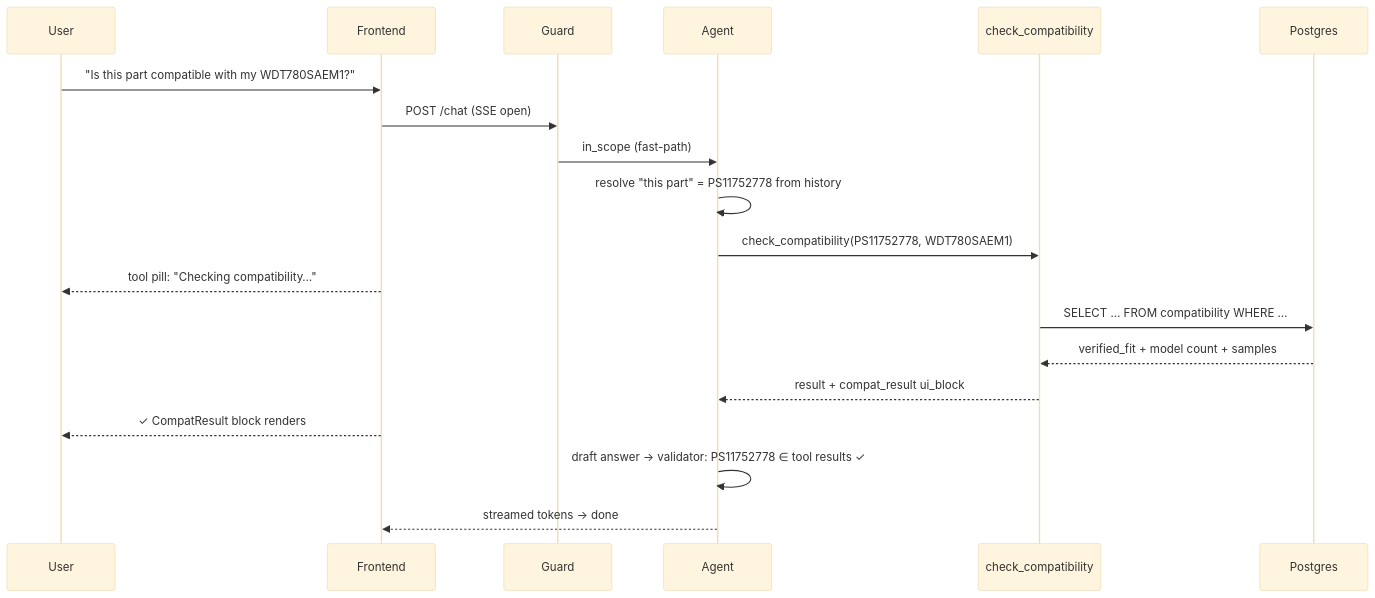
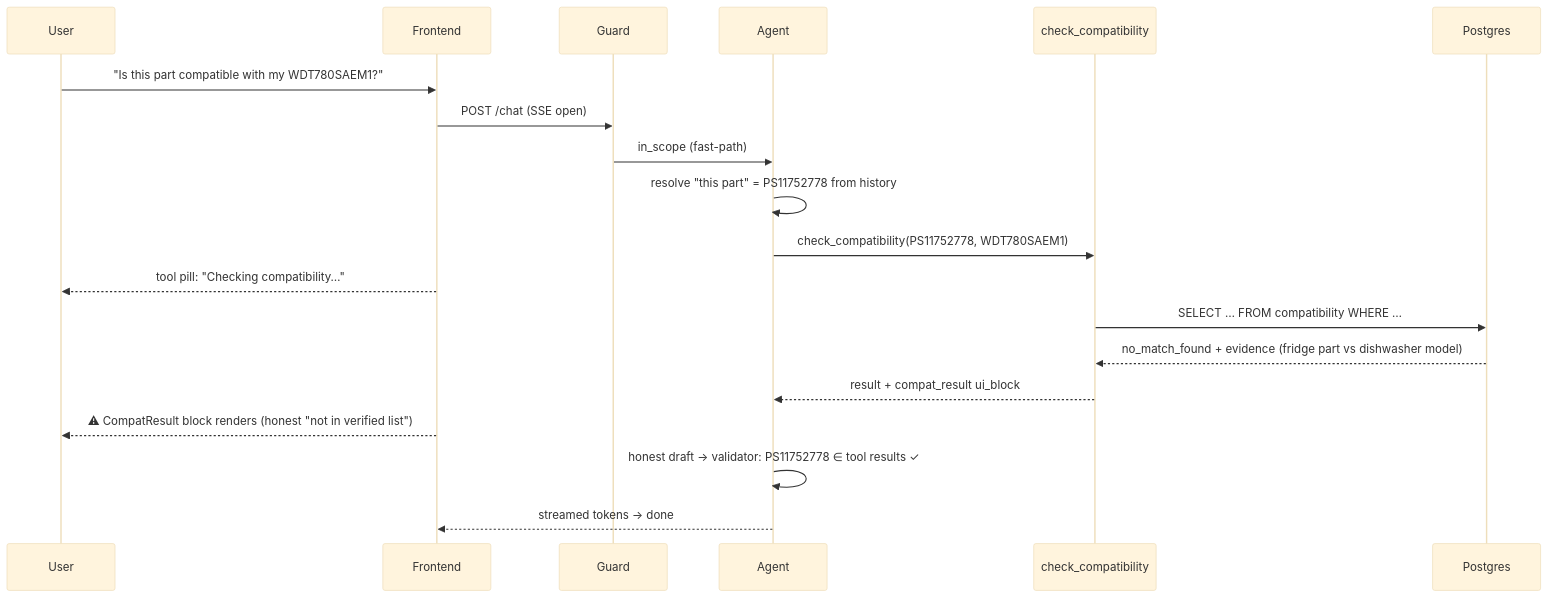
Before and after one commit to ScooterStuff/case-study: the second of 2 diagrams in playbook/ARCHITECTURE.md, drawn with Mermaid (base theme). The commit also changed other lines of this file and 4 other files, not shown here.

Commit message:
docs: README with eval table, architecture, tradeoffs, limitations

````diff
--- a/playbook/ARCHITECTURE.md
+++ b/playbook/ARCHITECTURE.md
@@ -76,22 +76,22 @@
 ```mermaid
 sequenceDiagram
     participant U as User
     participant F as Frontend
     participant G as Guard
     participant A as Agent
     participant T as check_compatibility
     participant DB as Postgres
 
     U->>F: "Is this part compatible with my WDT780SAEM1?"
     F->>G: POST /chat (SSE open)
     G->>A: in_scope (fast-path)
     A->>A: resolve "this part" = PS11752778 from history
     A->>T: check_compatibility(PS11752778, WDT780SAEM1)
     F-->>U: tool pill: "Checking compatibility…"
     T->>DB: SELECT … FROM compatibility WHERE …
-    DB-->>T: verified_fit + model count + samples
+    DB-->>T: no_match_found + evidence (fridge part vs dishwasher model)
     T-->>A: result + compat_result ui_block
-    F-->>U: ✓ CompatResult block renders
-    A->>A: draft answer → validator: PS11752778 ∈ tool results ✓
+    F-->>U: ⚠ CompatResult block renders (honest "not in verified list")
+    A->>A: honest draft → validator: PS11752778 ∈ tool results ✓
     A-->>F: streamed tokens → done
 ```
````
